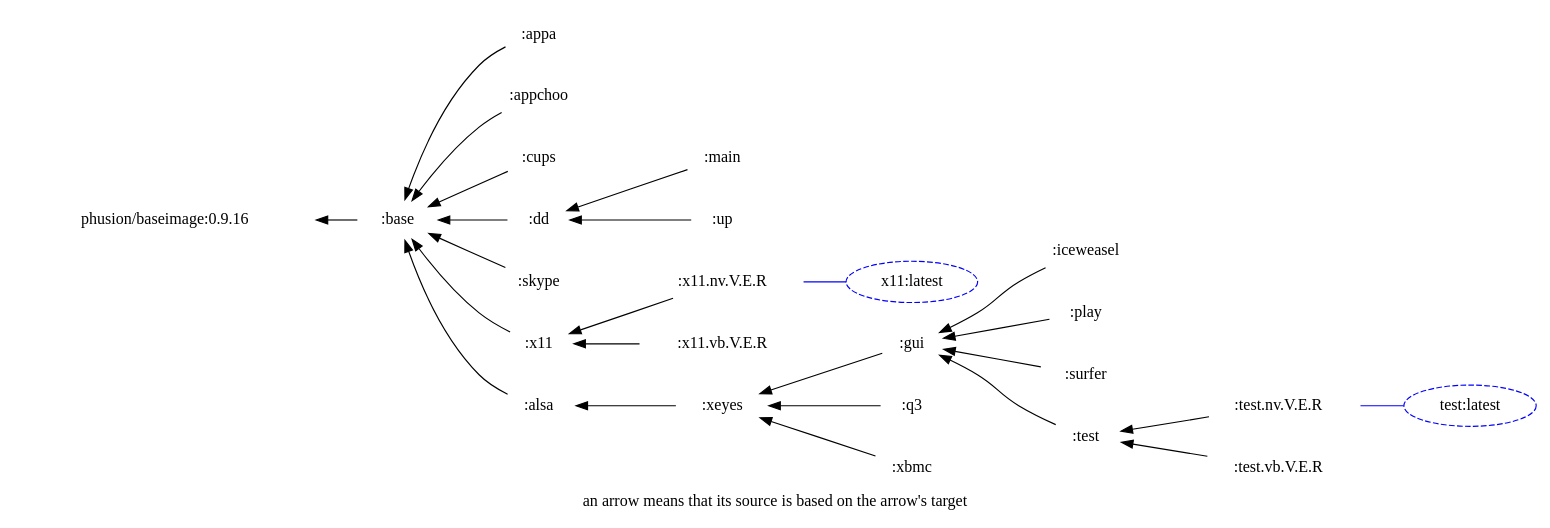
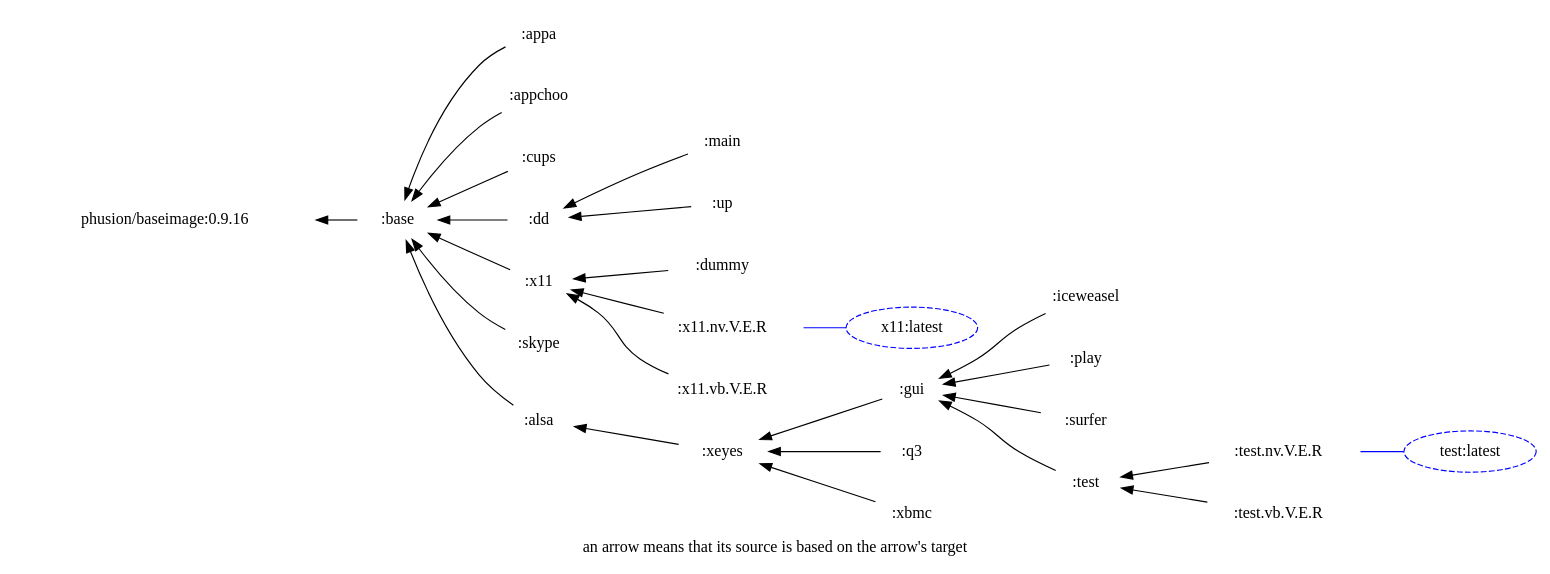
Before and after one commit to hilbert/hilbert-docker-images: the diagram in deps.dot, drawn with Graphviz. The commit also changed 1 other file, not shown here.

Commit message:
Update deps. graph (dummy)

```diff
--- a/deps.dot
+++ b/deps.dot
@@ -1,28 +1,29 @@
 digraph deps{ graph [label="an arrow means that its source is based on the arrow's target", labelloc=b]; node [color=white]; rankdir = RL;
 ":alsa" -> ":base" ;
 ":appa" -> ":base" ;
 ":appchoo" -> ":base" ;
 ":base" -> "phusion/baseimage:0.9.16" ;
 ":cups" -> ":base" ;
 ":dd" -> ":base" ;
+":dummy" -> ":x11" ;
 ":gui" -> ":xeyes" ;
 ":iceweasel" -> ":gui" ;
 ":main" -> ":dd" ;
 ":play" -> ":gui" ;
 ":q3" -> ":xeyes" ;
 ":skype" -> ":base" ;
 ":surfer" -> ":gui" ;
 ":test" -> ":gui" ;
 ":up" -> ":dd" ;
 ":x11" -> ":base" ;
 ":xbmc" -> ":xeyes" ;
 ":xeyes" -> ":alsa" ;
 ":x11.nv.V.E.R" -> ":x11" ;
 ":x11.vb.V.E.R" -> ":x11" ;
 ":test.nv.V.E.R" -> ":test" ;
 ":test.vb.V.E.R" -> ":test" ;
 "x11:latest" -> ":x11.nv.V.E.R" [dir=none color="blue" ] ;
 "test:latest" -> ":test.nv.V.E.R" [dir=none color="blue" ] ;
 "x11:latest" [color="blue" style="dashed"]; 
 "test:latest" [color="blue" style="dashed"]; 
 }
```
